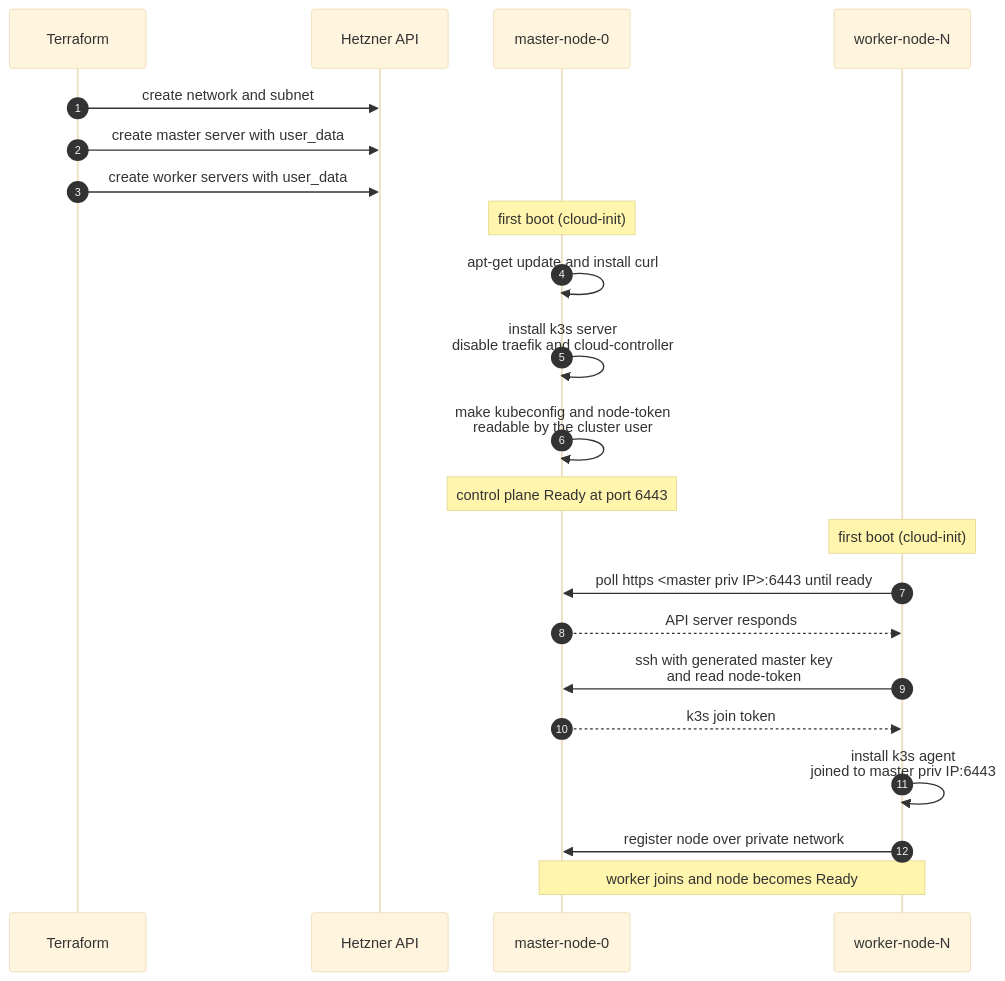
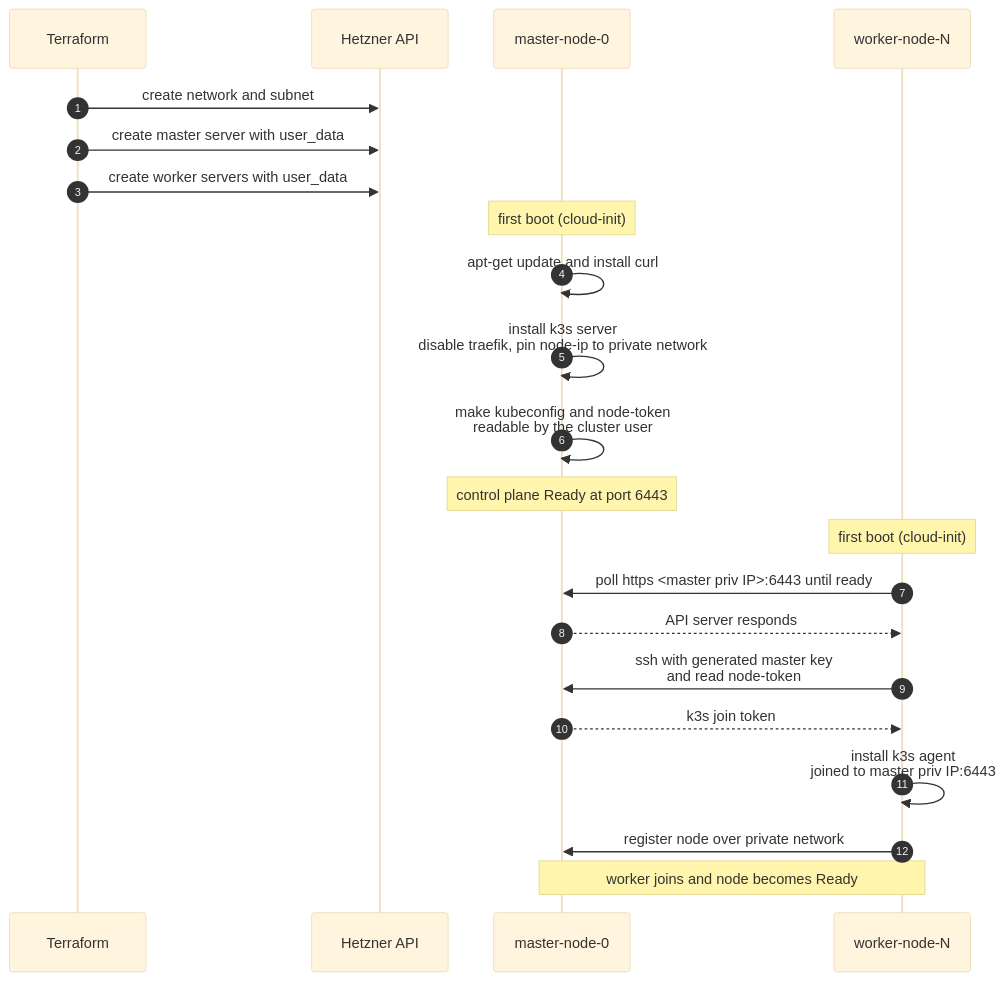
Before and after one commit to pawel150199/hcloud-k8s-cluster: the fourth of 5 diagrams in docs/02-architecture.md, drawn with Mermaid (base theme). The commit also changed other lines of this file and 5 other files, not shown here.

````diff
--- a/docs/02-architecture.md
+++ b/docs/02-architecture.md
@@ -129,27 +129,27 @@
 ```mermaid
 sequenceDiagram
   autonumber
   participant TF as Terraform
   participant HC as Hetzner API
   participant M as master-node-0
   participant W as worker-node-N
 
   TF->>HC: create network and subnet
   TF->>HC: create master server with user_data
   TF->>HC: create worker servers with user_data
 
   Note over M: first boot (cloud-init)
   M->>M: apt-get update and install curl
-  M->>M: install k3s server<br/>disable traefik and cloud-controller
+  M->>M: install k3s server<br/>disable traefik, pin node-ip to private network
   M->>M: make kubeconfig and node-token<br/>readable by the cluster user
   Note over M: control plane Ready at port 6443
 
   Note over W: first boot (cloud-init)
   W->>M: poll https <master priv IP>:6443 until ready
   M-->>W: API server responds
   W->>M: ssh with generated master key<br/>and read node-token
   M-->>W: k3s join token
   W->>W: install k3s agent<br/>joined to master priv IP:6443
   W->>M: register node over private network
   Note over M,W: worker joins and node becomes Ready
 ```
````
